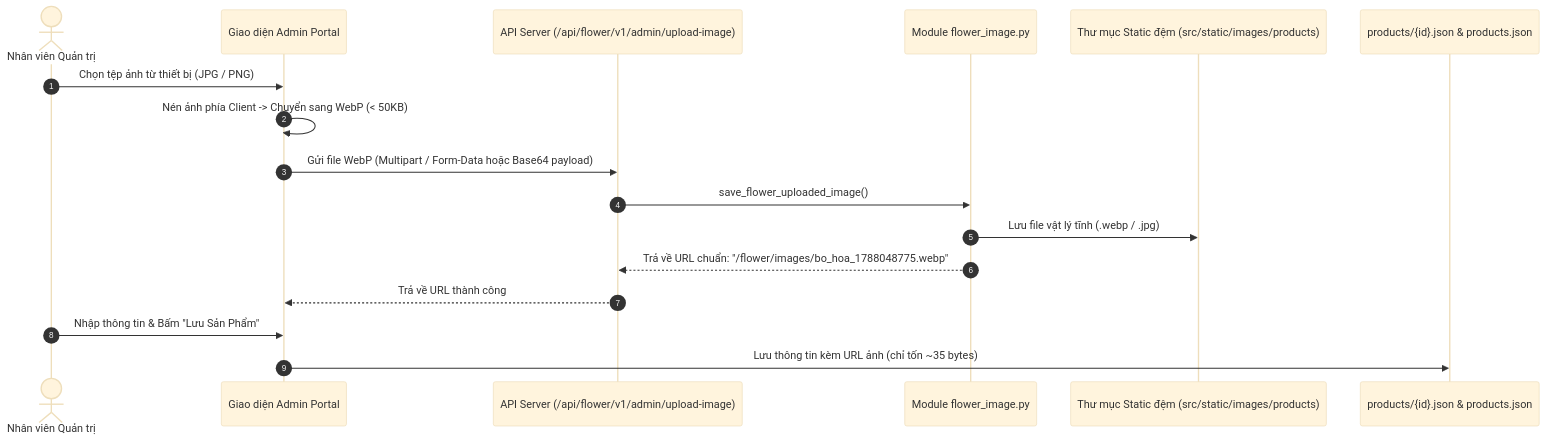
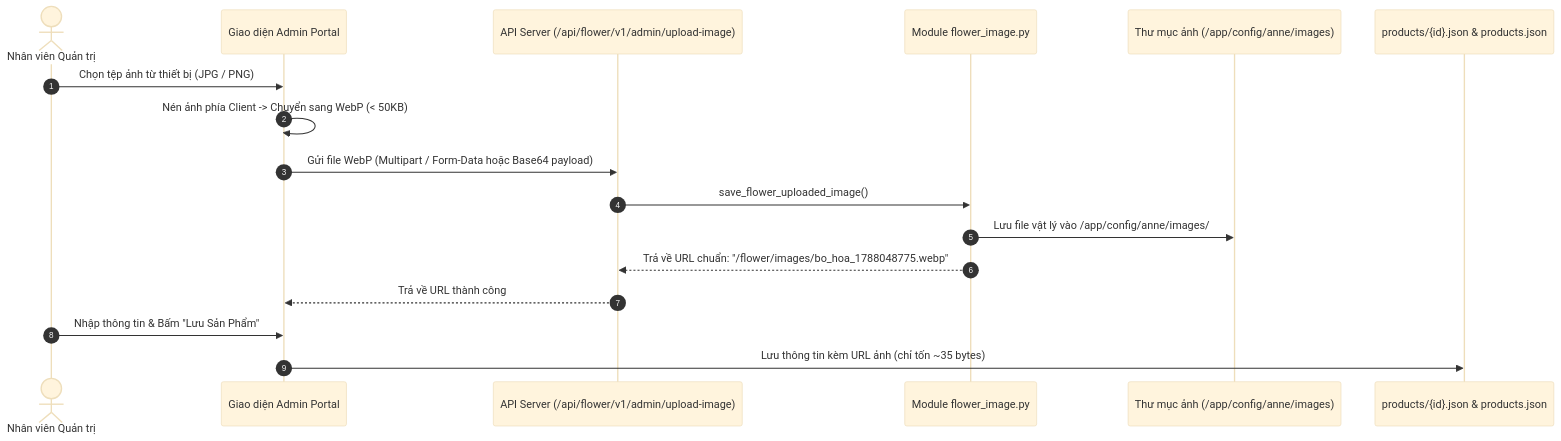
One commit to letrthong/telua_flower changed the second of 2 diagrams in docs/design/PRODUCT_CONTENT_MANAGEMENT_DESIGN.md. Above: the diagram before and after it, drawn with Mermaid (base theme). The commit also changed other lines of this file and 167 other files, not shown here.

````diff
--- a/docs/design/PRODUCT_CONTENT_MANAGEMENT_DESIGN.md
+++ b/docs/design/PRODUCT_CONTENT_MANAGEMENT_DESIGN.md
@@ -413,20 +453,20 @@
 ```mermaid
 sequenceDiagram
     autonumber
     actor Admin as Nhân viên Quản trị
     participant UI as Giao diện Admin Portal
     participant API as API Server (/api/flower/v1/admin/upload-image)
     participant Module as Module flower_image.py
-    participant Disk as Thư mục Static đệm (src/static/images/products)
+    participant Disk as Thư mục ảnh (/app/config/anne/images)
     participant JSON as products/{id}.json & products.json
 
     Admin->>UI: Chọn tệp ảnh từ thiết bị (JPG / PNG)
     UI->>UI: Nén ảnh phía Client -> Chuyển sang WebP (< 50KB)
     UI->>API: Gửi file WebP (Multipart / Form-Data hoặc Base64 payload)
     API->>Module: save_flower_uploaded_image()
-    Module->>Disk: Lưu file vật lý tĩnh (.webp / .jpg)
+    Module->>Disk: Lưu file vật lý vào /app/config/anne/images/
     Module-->>API: Trả về URL chuẩn: "/flower/images/bo_hoa_1788048775.webp"
     API-->>UI: Trả về URL thành công
     Admin->>UI: Nhập thông tin & Bấm "Lưu Sản Phẩm"
     UI->>JSON: Lưu thông tin kèm URL ảnh (chỉ tốn ~35 bytes)
 ```
````
